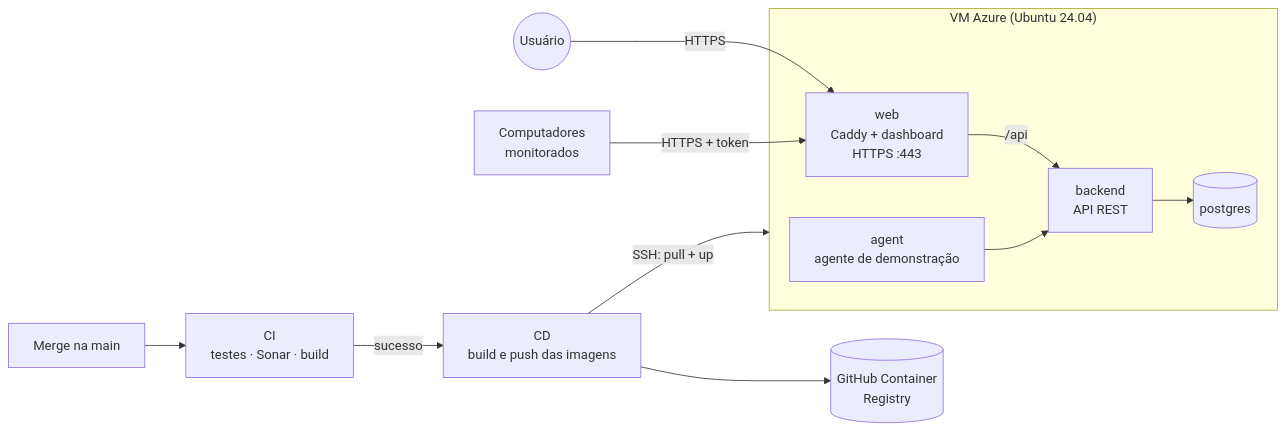
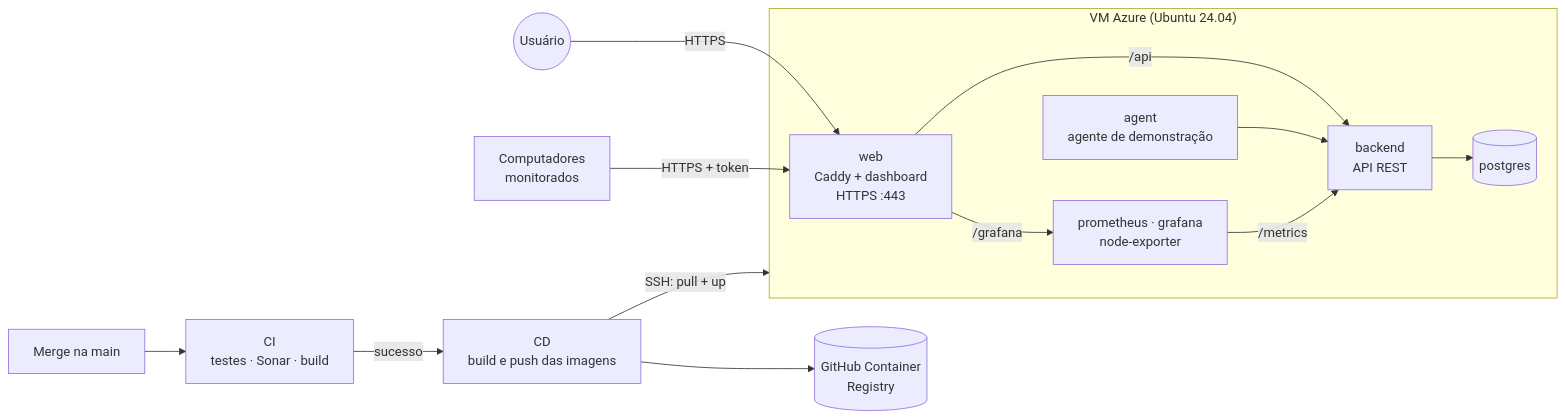
One commit to LocatelliBryann/InfraObserver changed the diagram in docs/deploy.md. Above: the diagram before and after it, drawn with Mermaid. The commit also changed other lines of this file and 3 other files, not shown here.

````diff
--- a/docs/deploy.md
+++ b/docs/deploy.md
@@ -9,20 +9,23 @@
 ```mermaid
 flowchart LR
     DEV["Merge na main"] --> CI["CI<br/>testes · Sonar · build"]
     CI -- "sucesso" --> CD["CD<br/>build e push das imagens"]
     CD --> GHCR[("GitHub Container<br/>Registry")]
     CD -- "SSH: pull + up" --> VM
 
     subgraph VM["VM Azure (Ubuntu 24.04)"]
         WEB["web<br/>Caddy + dashboard<br/>HTTPS :443"]
         API["backend<br/>API REST"]
         DB[("postgres")]
         AG["agent<br/>agente de demonstração"]
+        MON["prometheus · grafana<br/>node-exporter"]
         WEB -- "/api" --> API
+        WEB -- "/grafana" --> MON
         API --> DB
         AG --> API
+        MON -- "/metrics" --> API
     end
 
     U(("Usuário")) -- "HTTPS" --> WEB
     PC["Computadores<br/>monitorados"] -- "HTTPS + token" --> WEB
 ```
````
